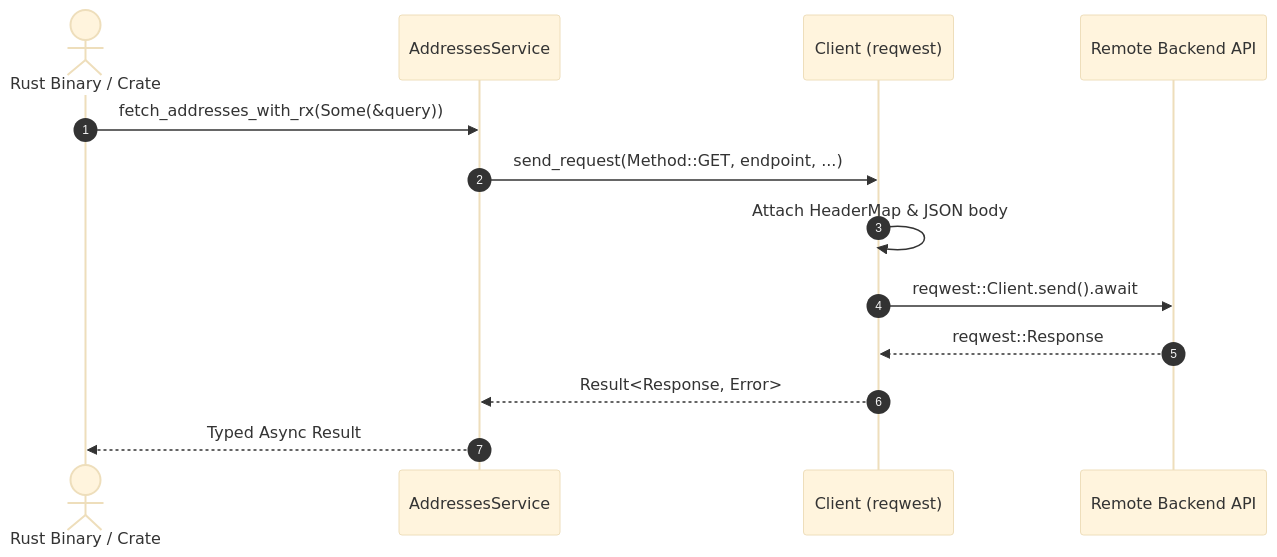
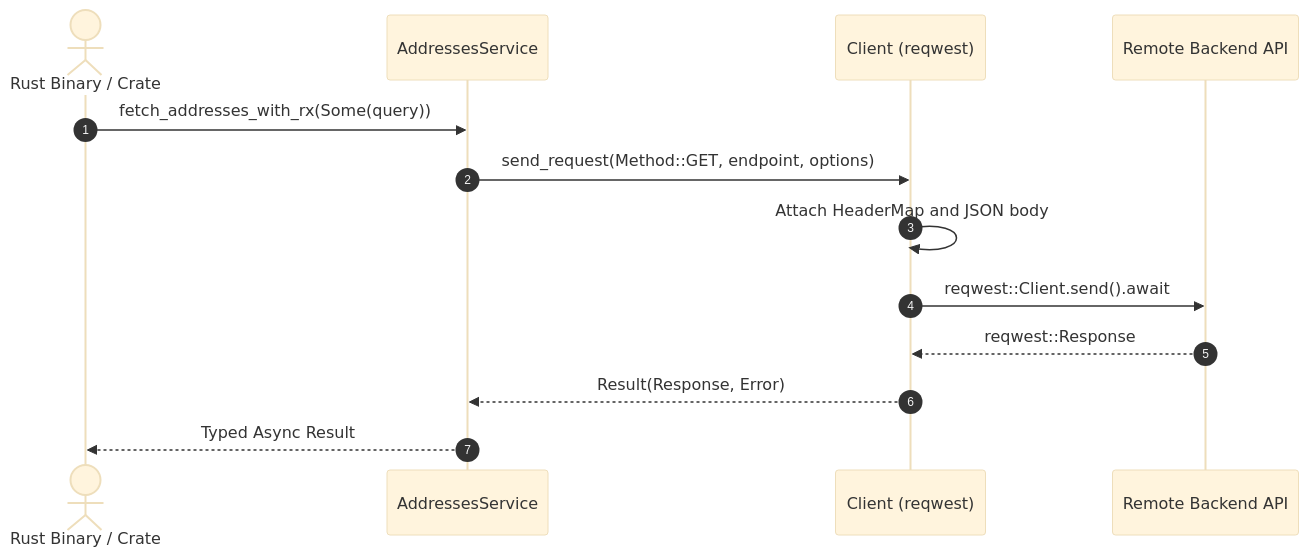
One commit to chahakshahcs5/retrofit-sdk-gen changed the diagram in docs/rust.md. Above: the diagram before and after it, drawn with Mermaid (base theme). The commit also changed 13 other files, not shown here.

Commit message:
fix(docs): quote Mermaid edge labels and sanitize syntax for GitHub renderer

````diff
--- a/docs/rust.md
+++ b/docs/rust.md
@@ -40,16 +40,16 @@
 ```mermaid
 sequenceDiagram
     autonumber
     actor App as Rust Binary / Crate
     participant Svc as AddressesService
     participant Client as Client (reqwest)
     participant Net as Remote Backend API
 
-    App->>Svc: fetch_addresses_with_rx(Some(&query))
-    Svc->>Client: send_request(Method::GET, endpoint, ...)
-    Client->>Client: Attach HeaderMap & JSON body
+    App->>Svc: fetch_addresses_with_rx(Some(query))
+    Svc->>Client: send_request(Method::GET, endpoint, options)
+    Client->>Client: Attach HeaderMap and JSON body
     Client->>Net: reqwest::Client.send().await
     Net-->>Client: reqwest::Response
-    Client-->>Svc: Result<Response, Error>
+    Client-->>Svc: Result(Response, Error)
     Svc-->>App: Typed Async Result
 ```
````
